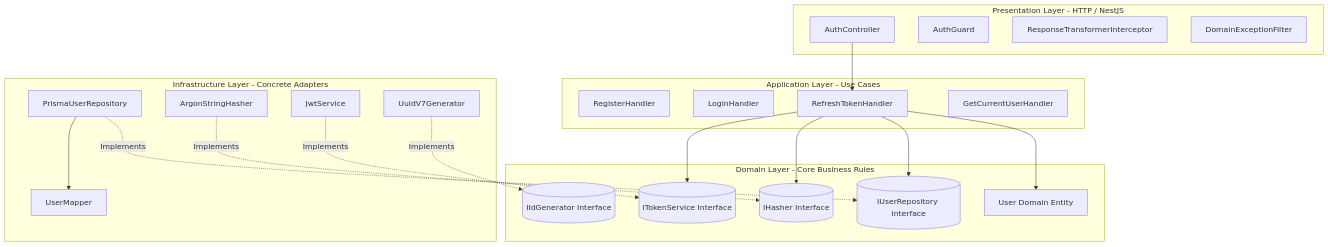
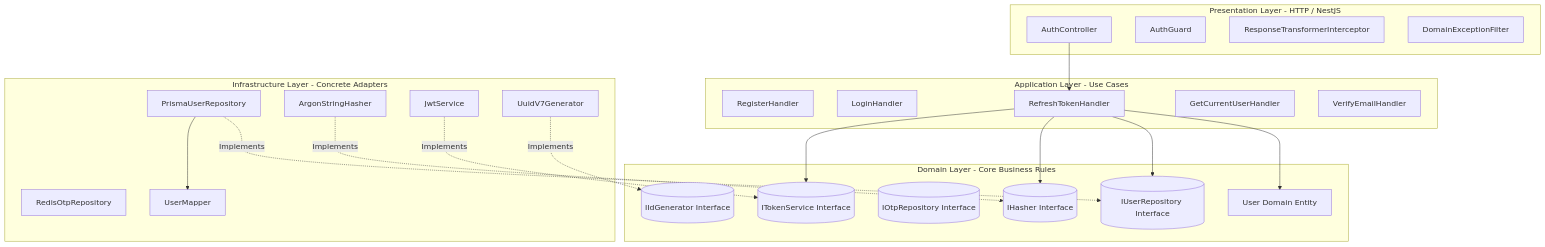
The first of 3 diagrams in README.md (MurhafMoussa/quiz-management-system), drawn with Mermaid before and after one commit. The commit also changed other lines of this file, not shown here.

Commit message:
docs: update README with email verification flow, Mailpit, and API endpoints

````diff
--- a/README.md
+++ b/README.md
@@ -54,44 +55,47 @@
 ```mermaid
 graph TD
     subgraph Presentation Layer [Presentation Layer - HTTP / NestJS]
         AC[AuthController]
         AG[AuthGuard]
         RTI[ResponseTransformerInterceptor]
         DEF[DomainExceptionFilter]
     end
 
     subgraph Application Layer [Application Layer - Use Cases]
         RH[RegisterHandler]
         LH[LoginHandler]
         RTH[RefreshTokenHandler]
         GCU[GetCurrentUserHandler]
+        VEH[VerifyEmailHandler]
     end
 
     subgraph Domain Layer [Domain Layer - Core Business Rules]
         UE[User Domain Entity]
         URI[(IUserRepository Interface)]
+        ORI[(IOtpRepository Interface)]
         HSI[(IHasher Interface)]
         TSI[(ITokenService Interface)]
         IDG[(IIdGenerator Interface)]
     end
 
     subgraph Infrastructure Layer [Infrastructure Layer - Concrete Adapters]
         PUR[PrismaUserRepository]
+        ROR[RedisOtpRepository]
         UM[UserMapper]
         ASH[ArgonStringHasher]
         JWT[JwtService]
         UUID[UuidV7Generator]
     end
 
     AC --> RTH
     RTH --> UE
     RTH --> URI
     RTH --> HSI
     RTH --> TSI
 
     PUR -. Implements .-> URI
     PUR --> UM
     ASH -. Implements .-> HSI
     JWT -. Implements .-> TSI
     UUID -. Implements .-> IDG
 ```
````
